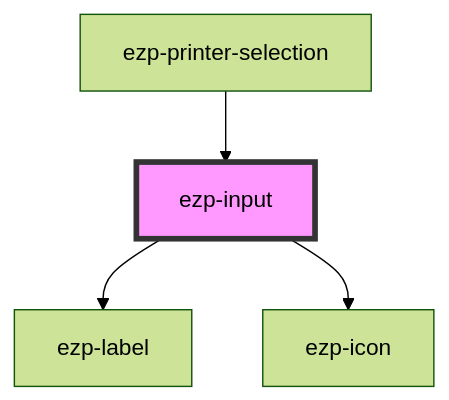
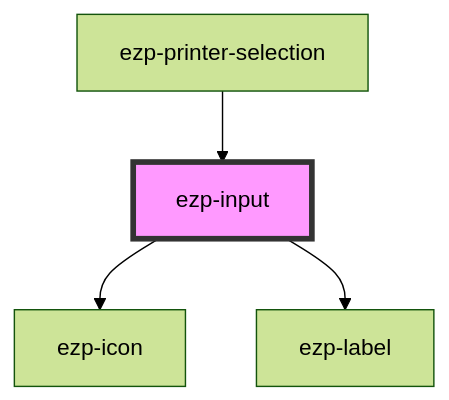
Before and after one commit to ezeep/ezeep-js: the diagram in src/components/ezp-input/readme.md, drawn with Mermaid (forest theme). The commit also changed other lines of this file and 33 other files, not shown here.

First line of the commit message:
feat(ui): redesign print flow (Print Now upload + Drucken options)

````diff
--- a/src/components/ezp-input/readme.md
+++ b/src/components/ezp-input/readme.md
@@ -25,7 +38,7 @@
 ```mermaid
 graph TD;
+  ezp-input --> ezp-icon
   ezp-input --> ezp-label
-  ezp-input --> ezp-icon
   ezp-printer-selection --> ezp-input
   style ezp-input fill:#f9f,stroke:#333,stroke-width:4px
 ```
````
